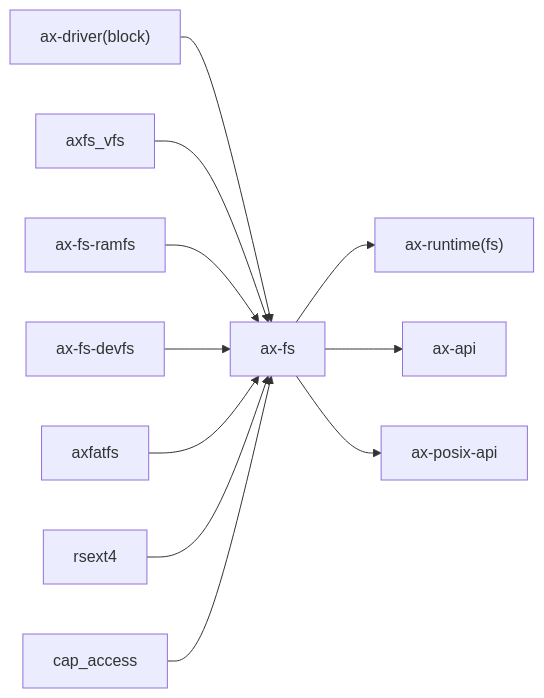
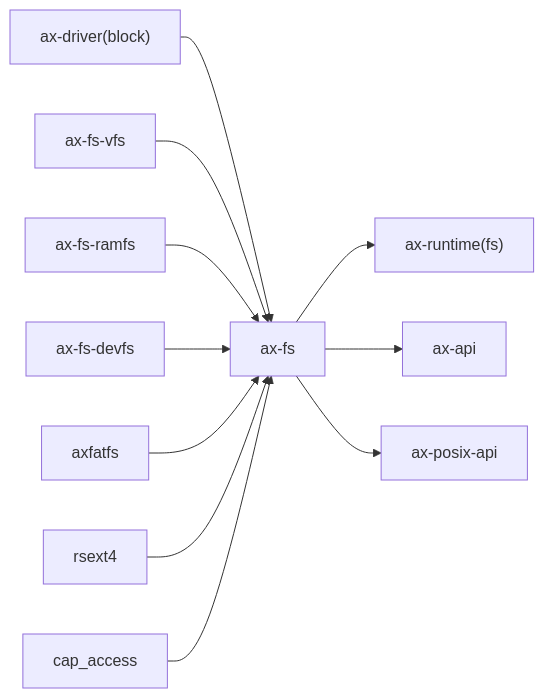
The second of 2 diagrams in docs/crates/ax-fs.md (zKurisu/tgoskits), drawn with Mermaid before and after one commit. The commit also changed other lines of this file and 35 other files, not shown here.

Commit message:
rename axfs_vfs to ax-fs-vfs

````diff
--- a/docs/crates/ax-fs.md
+++ b/docs/crates/ax-fs.md
@@ -100,14 +100,14 @@
 ```mermaid
 graph LR
     ax-driver["ax-driver(block)"] --> current["ax-fs"]
-    axfs_vfs["axfs_vfs"] --> current
+    axfs_vfs["ax-fs-vfs"] --> current
     axfs_ramfs["ax-fs-ramfs"] --> current
     axfs_devfs["ax-fs-devfs"] --> current
     axfatfs["axfatfs"] --> current
     rsext4["rsext4"] --> current
     cap_access["cap_access"] --> current
 
     current --> ax-runtime["ax-runtime(fs)"]
     current --> ax-api["ax-api"]
     current --> ax-posix-api["ax-posix-api"]
 ```
````
